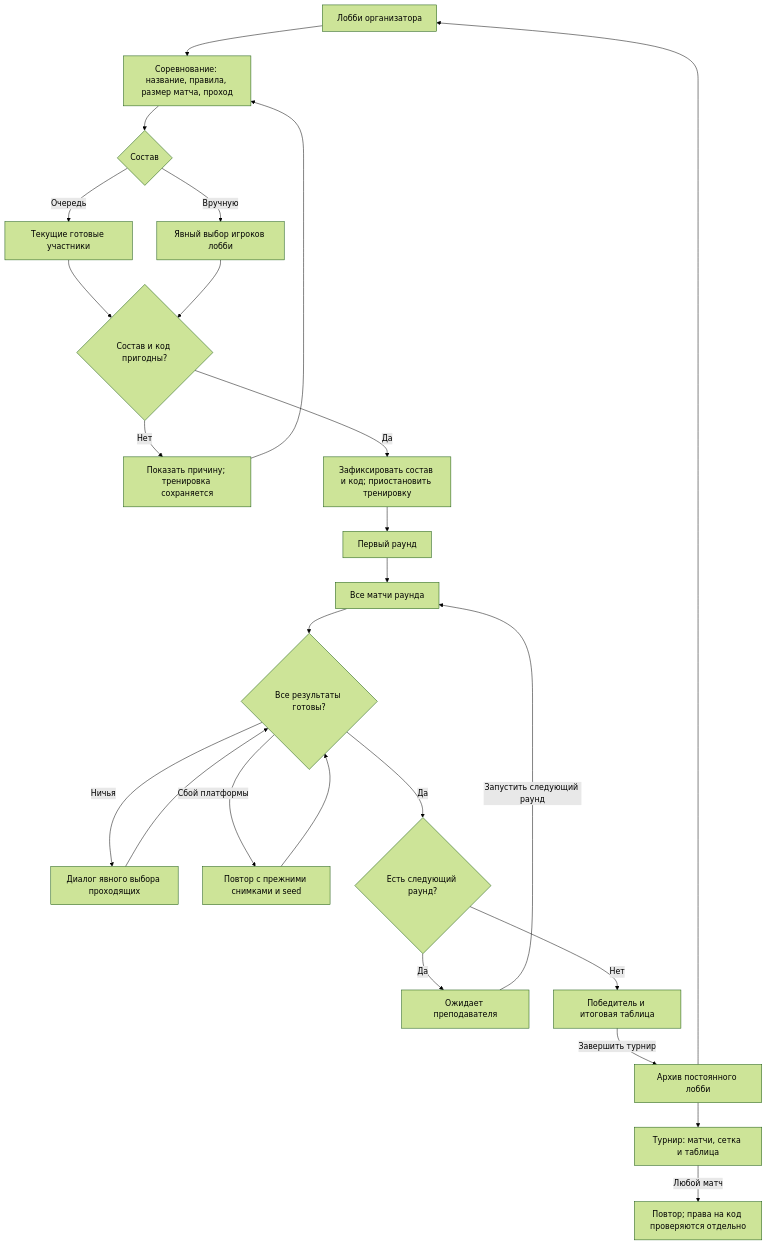
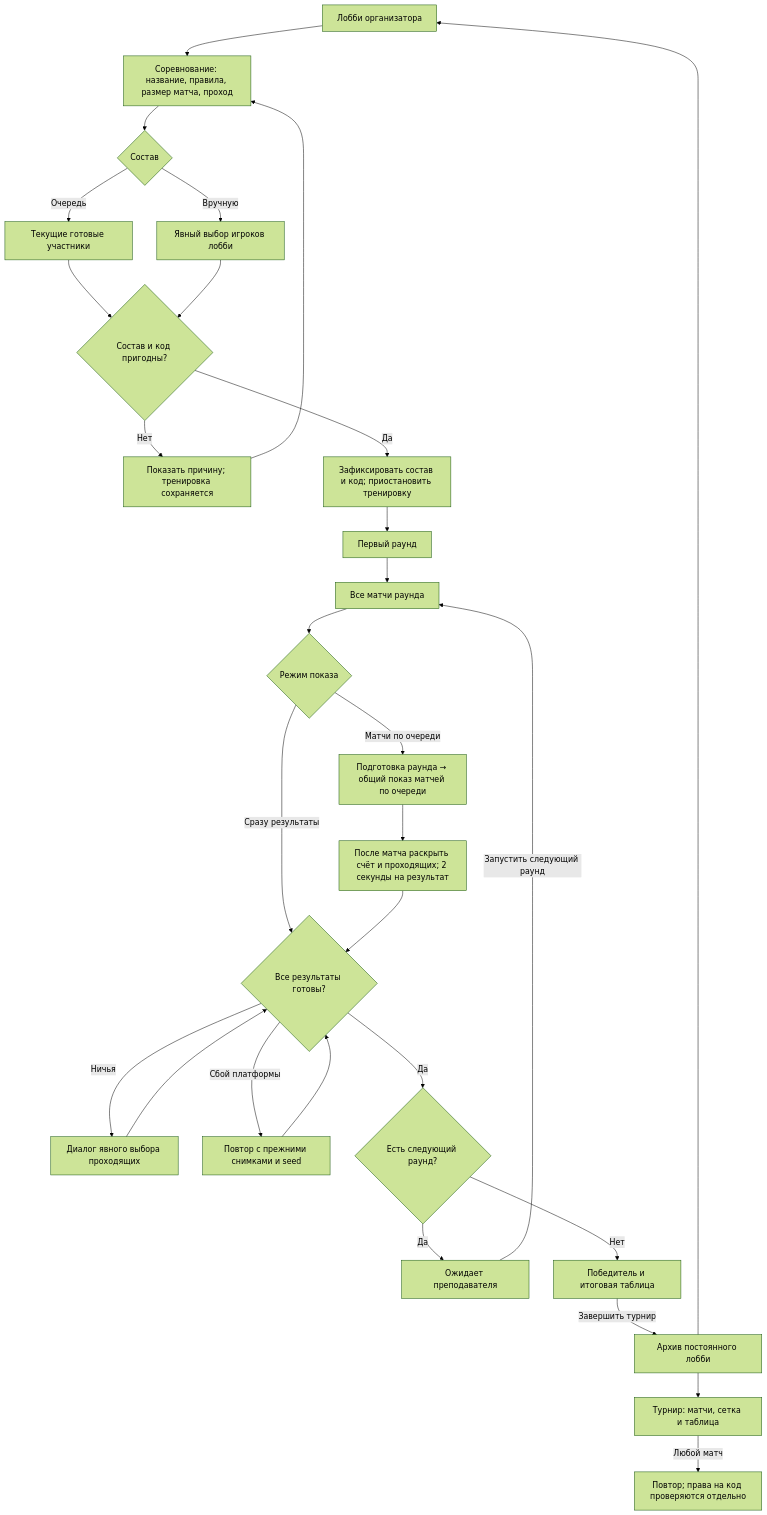
The fourth of 5 diagrams in docs/UX_GRAPH_V2.md (roctbb/ai-game-engine), drawn with Mermaid (forest theme) before and after one commit. The commit also changed other lines of this file and 27 other files, not shown here.

````diff
--- a/docs/UX_GRAPH_V2.md
+++ b/docs/UX_GRAPH_V2.md
@@ -166,27 +169,31 @@
 ```mermaid
 flowchart TD
     LOBBY["Лобби организатора"] --> SETUP["Соревнование: название, правила, размер матча, проход"]
     SETUP --> CHOICE{"Состав"}
     CHOICE -->|Очередь| QUEUED["Текущие готовые участники"]
     CHOICE -->|Вручную| PICK["Явный выбор игроков лобби"]
     QUEUED --> VALIDATE{"Состав и код пригодны?"}
     PICK --> VALIDATE
     VALIDATE -->|Нет| CORRECT["Показать причину; тренировка сохраняется"]
     CORRECT --> SETUP
     VALIDATE -->|Да| FIX["Зафиксировать состав и код; приостановить тренировку"]
     FIX --> FIRST["Первый раунд"]
     FIRST --> MATCHES["Все матчи раунда"]
-    MATCHES --> OUTCOME{"Все результаты готовы?"}
+    MATCHES --> MODE{"Режим показа"}
+    MODE -->|Сразу результаты| OUTCOME{"Все результаты готовы?"}
+    MODE -->|Матчи по очереди| BROADCAST["Подготовка раунда → общий показ матчей по очереди"]
+    BROADCAST --> REVEAL["После матча раскрыть счёт и проходящих; 2 секунды на результат"]
+    REVEAL --> OUTCOME
     OUTCOME -->|Ничья| TIE["Диалог явного выбора проходящих"]
     TIE --> OUTCOME
     OUTCOME -->|Сбой платформы| RETRY["Повтор с прежними снимками и seed"]
     RETRY --> OUTCOME
     OUTCOME -->|Да| NEXT{"Есть следующий раунд?"}
     NEXT -->|Да| PAUSE["Ожидает преподавателя"]
     PAUSE -->|Запустить следующий раунд| MATCHES
     NEXT -->|Нет| WINNER["Победитель и итоговая таблица"]
     WINNER -->|Завершить турнир| ARCHIVE["Архив постоянного лобби"]
     ARCHIVE --> RESULTS["Турнир: матчи, сетка и таблица"]
     RESULTS -->|Любой матч| REPLAY["Повтор; права на код проверяются отдельно"]
     ARCHIVE --> LOBBY
 ```
````
